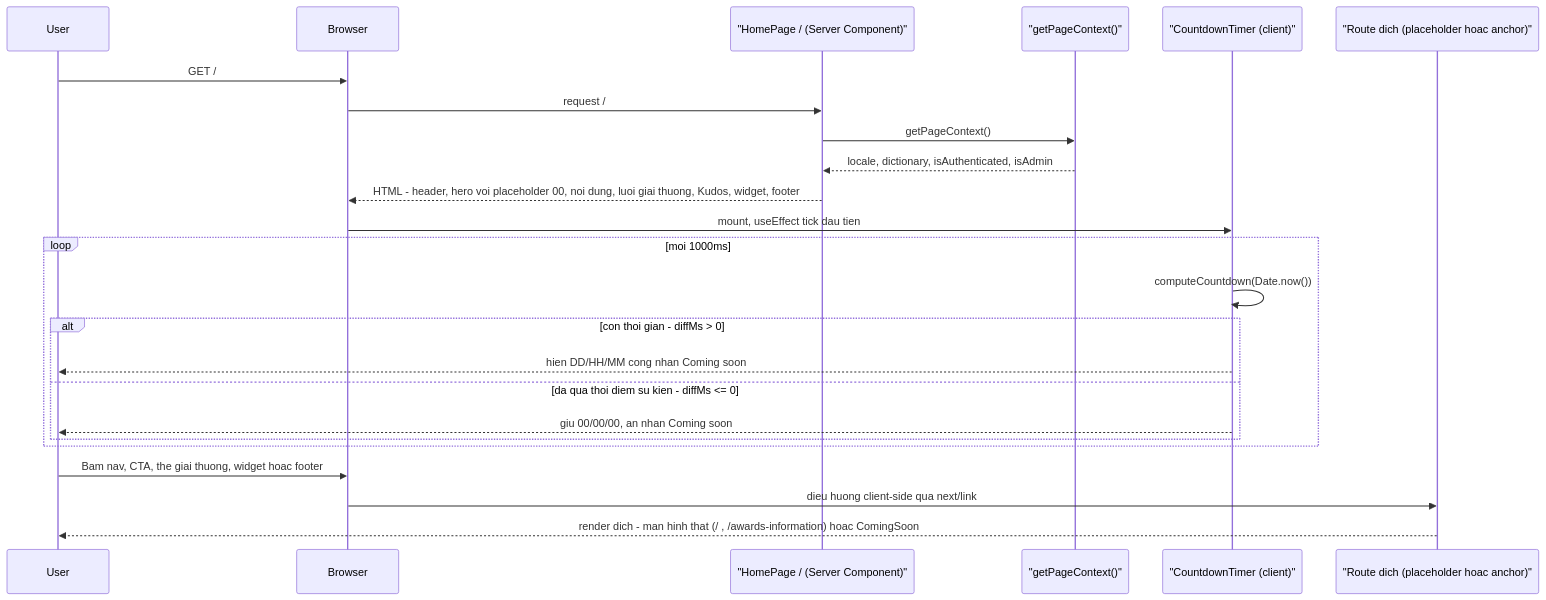
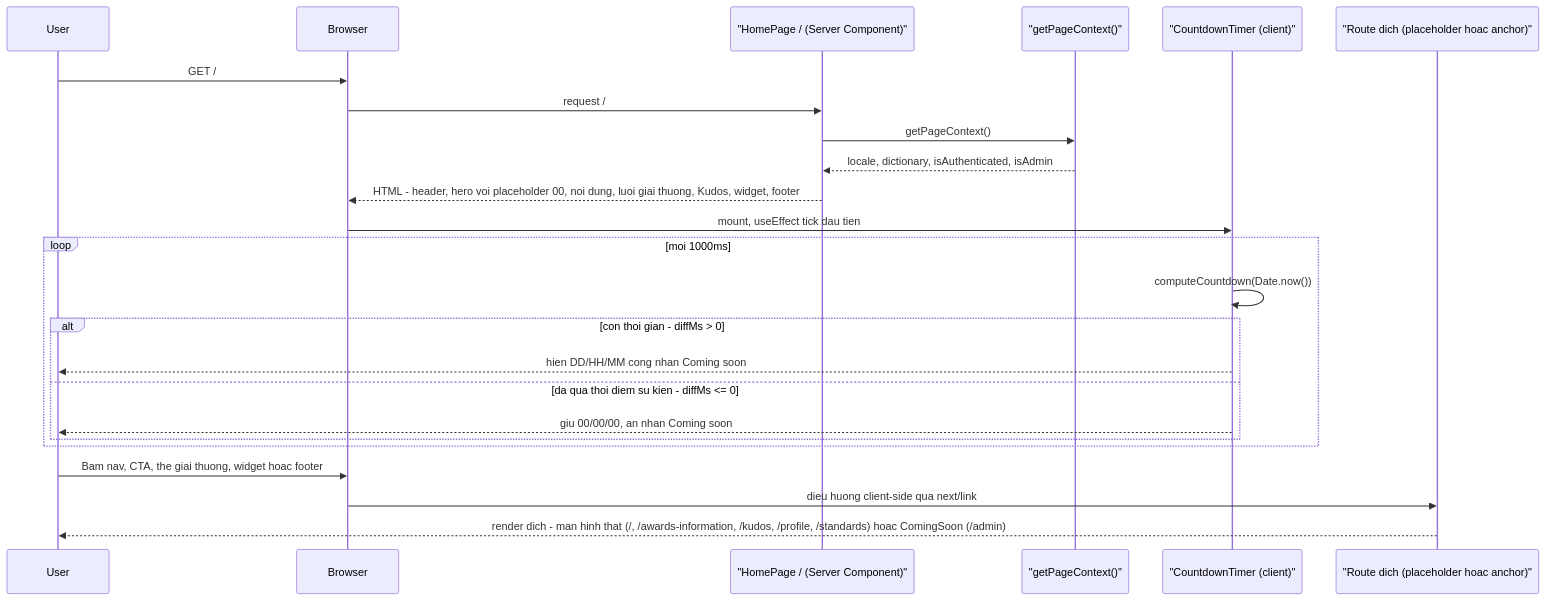
The diagram in docs/flows/homepage-browse-and-navigate.md (dungnv-2032/agentic-coding-hands-on), drawn with Mermaid before and after one commit. The commit also changed other lines of this file and 20 other files, not shown here.

````diff
--- a/docs/flows/homepage-browse-and-navigate.md
+++ b/docs/flows/homepage-browse-and-navigate.md
@@ -21,27 +21,27 @@
 ```mermaid
 sequenceDiagram
     participant U as User
     participant B as Browser
     participant HP as "HomePage / (Server Component)"
     participant PC as "getPageContext()"
     participant CT as "CountdownTimer (client)"
     participant Dest as "Route dich (placeholder hoac anchor)"
 
     U->>B: GET /
     B->>HP: request /
     HP->>PC: getPageContext()
     PC-->>HP: locale, dictionary, isAuthenticated, isAdmin
     HP-->>B: HTML - header, hero voi placeholder 00, noi dung, luoi giai thuong, Kudos, widget, footer
     B->>CT: mount, useEffect tick dau tien
     loop moi 1000ms
         CT->>CT: computeCountdown(Date.now())
         alt con thoi gian - diffMs > 0
             CT-->>U: hien DD/HH/MM cong nhan Coming soon
         else da qua thoi diem su kien - diffMs <= 0
             CT-->>U: giu 00/00/00, an nhan Coming soon
         end
     end
     U->>B: Bam nav, CTA, the giai thuong, widget hoac footer
     B->>Dest: dieu huong client-side qua next/link
-    Dest-->>U: render dich - man hinh that (/ , /awards-information) hoac ComingSoon
+    Dest-->>U: render dich - man hinh that (/, /awards-information, /kudos, /profile, /standards) hoac ComingSoon (/admin)
 ```
````
